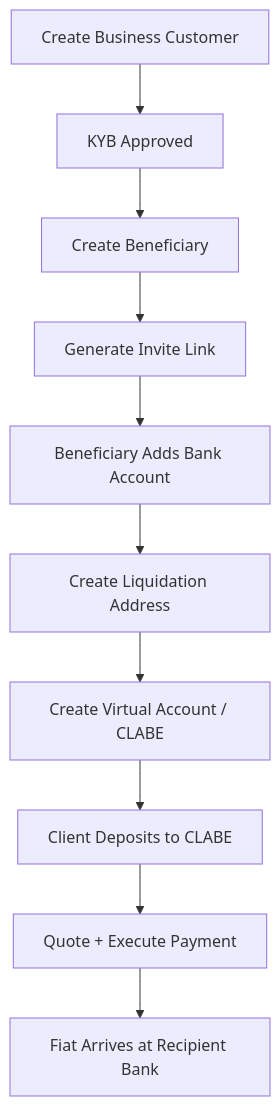
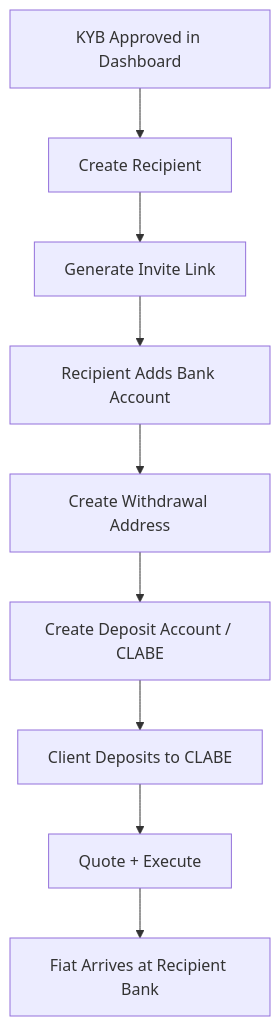
The diagram in payout/overview.mdx (SherryLabs/docs), drawn with Mermaid before and after one commit. The commit also changed other lines of this file and 14 other files, not shown here.

````diff
--- a/payout/overview.mdx
+++ b/payout/overview.mdx
@@ -80,12 +82,11 @@
 ```mermaid
 graph TD
-    A[Create Business Customer] --> B[KYB Approved]
-    B --> C[Create Beneficiary]
-    C --> D[Generate Invite Link]
-    D --> E[Beneficiary Adds Bank Account]
-    E --> F[Create Liquidation Address]
-    F --> G[Create Virtual Account / CLABE]
-    G --> H[Client Deposits to CLABE]
-    H --> I[Quote + Execute Payment]
-    I --> J[Fiat Arrives at Recipient Bank]
+    A[KYB Approved in Dashboard] --> B[Create Recipient]
+    B --> C[Generate Invite Link]
+    C --> D[Recipient Adds Bank Account]
+    D --> E[Create Withdrawal Address]
+    E --> F[Create Deposit Account / CLABE]
+    F --> G[Client Deposits to CLABE]
+    G --> H[Quote + Execute]
+    H --> I[Fiat Arrives at Recipient Bank]
 ```
````
